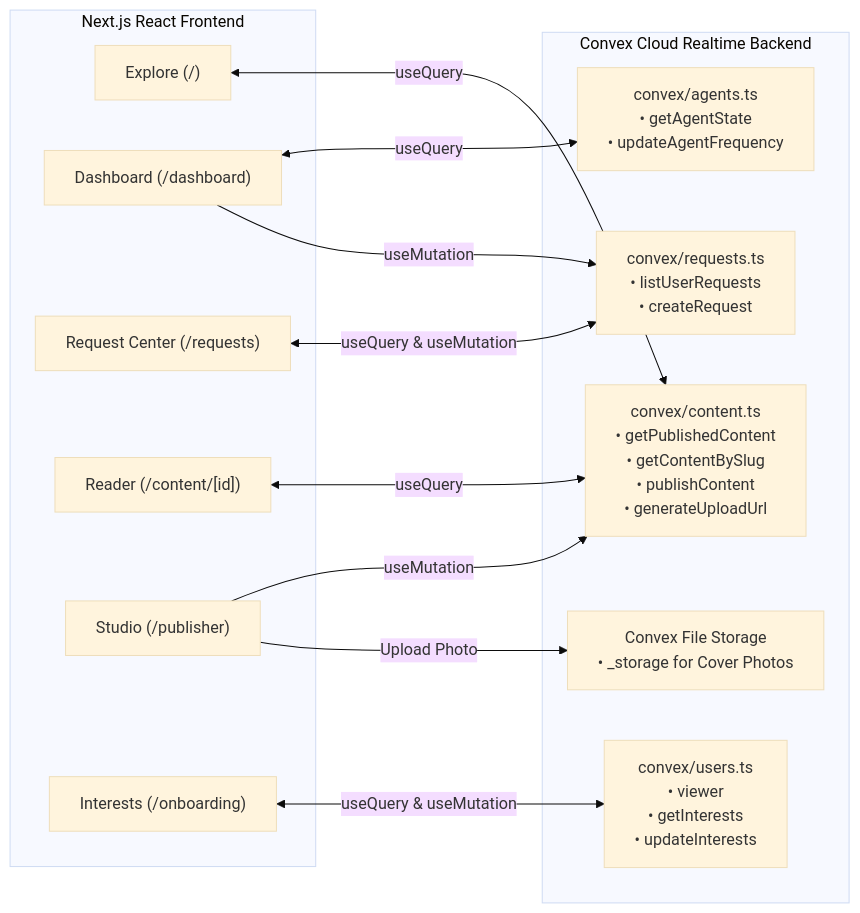
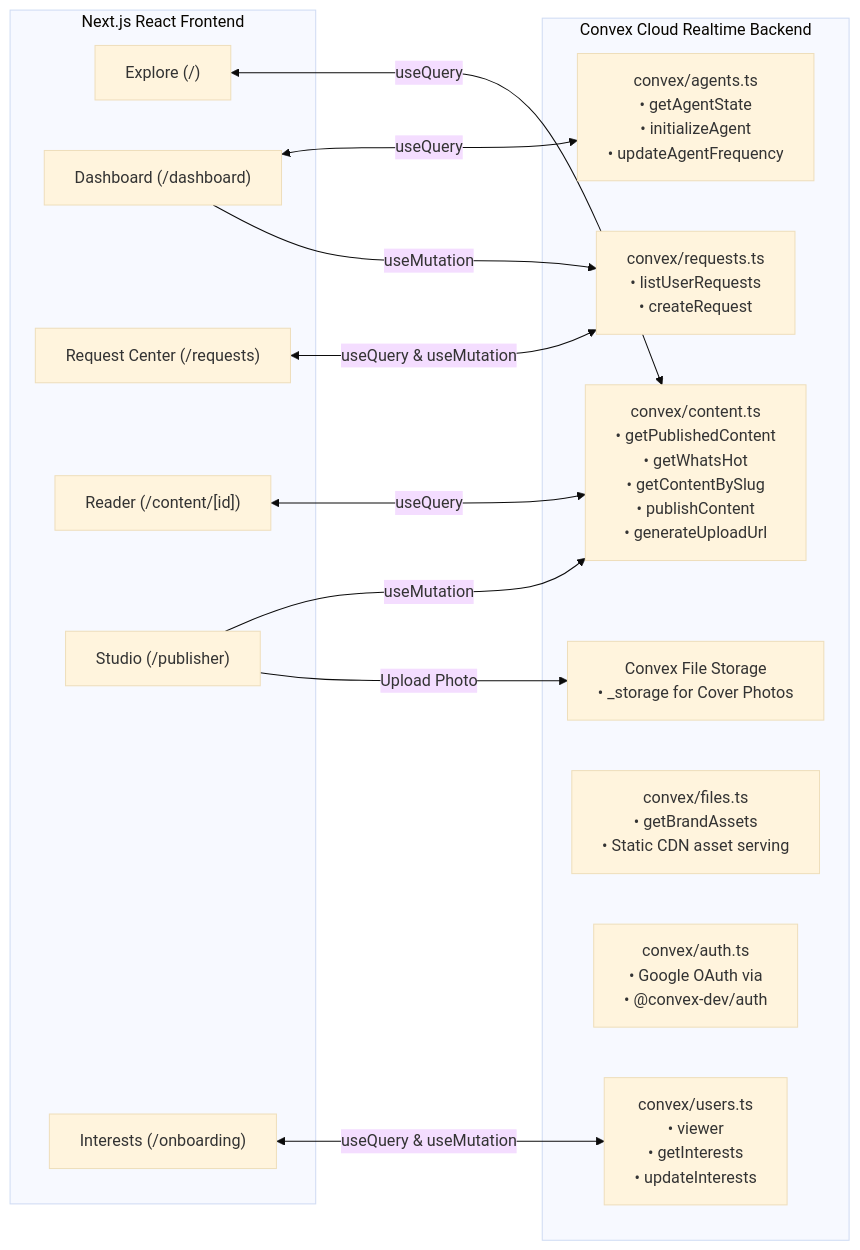
The diagram in README.md (AmritSDutta/moitrii_frontend), drawn with Mermaid (base theme) before and after one commit. The commit also changed other lines of this file and 9 other files, not shown here.

````diff
--- a/README.md
+++ b/README.md
@@ -81,28 +83,30 @@
 ```mermaid
 flowchart LR
     subgraph Frontend ["Next.js React Frontend"]
-        P_Home["Explore (/)"]
-        P_Dash["Dashboard (/dashboard)"]
-        P_Req["Request Center (/requests)"]
-        P_Reader["Reader (/content/[id])"]
-        P_Pub["Studio (/publisher)"]
-        P_Onb["Interests (/onboarding)"]
+      P_Home["Explore (/)"]
+      P_Dash["Dashboard (/dashboard)"]
+      P_Req["Request Center (/requests)"]
+      P_Reader["Reader (/content/[id])"]
+      P_Pub["Studio (/publisher)"]
+      P_Onb["Interests (/onboarding)"]
     end
 
     subgraph ConvexBackend ["Convex Cloud Realtime Backend"]
-        F_Content["convex/content.ts<br/>• getPublishedContent<br/>• getContentBySlug<br/>• publishContent<br/>• generateUploadUrl"]
-        F_Agents["convex/agents.ts<br/>• getAgentState<br/>• updateAgentFrequency"]
-        F_Requests["convex/requests.ts<br/>• listUserRequests<br/>• createRequest"]
-        F_Users["convex/users.ts<br/>• viewer<br/>• getInterests<br/>• updateInterests"]
-        F_Storage["Convex File Storage<br/>• _storage for Cover Photos"]
+      F_Content["convex/content.ts<br/>• getPublishedContent<br/>• getWhatsHot<br/>• getContentBySlug<br/>• publishContent<br/>• generateUploadUrl"]
+      F_Agents["convex/agents.ts<br/>• getAgentState<br/>• initializeAgent<br/>• updateAgentFrequency"]
+      F_Requests["convex/requests.ts<br/>• listUserRequests<br/>• createRequest"]
+      F_Users["convex/users.ts<br/>• viewer<br/>• getInterests<br/>• updateInterests"]
+      F_Files["convex/files.ts<br/>• getBrandAssets<br/>• Static CDN asset serving"]
+      F_Auth["convex/auth.ts<br/>• Google OAuth via<br/>• @convex-dev/auth"]
+      F_Storage["Convex File Storage<br/>• _storage for Cover Photos"]
     end
 
     P_Home <-->|useQuery| F_Content
     P_Reader <-->|useQuery| F_Content
     P_Pub -->|useMutation| F_Content
     P_Pub -->|Upload Photo| F_Storage
     P_Dash <-->|useQuery| F_Agents
     P_Dash -->|useMutation| F_Requests
     P_Req <-->|useQuery & useMutation| F_Requests
     P_Onb <-->|useQuery & useMutation| F_Users
 ```
````
